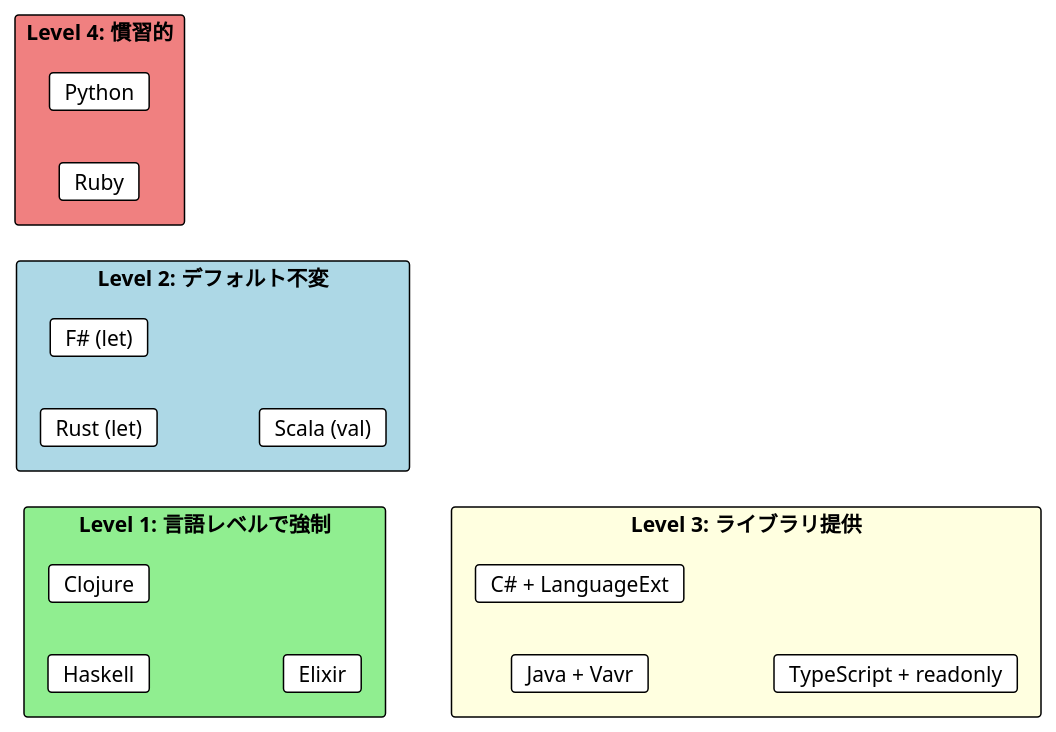
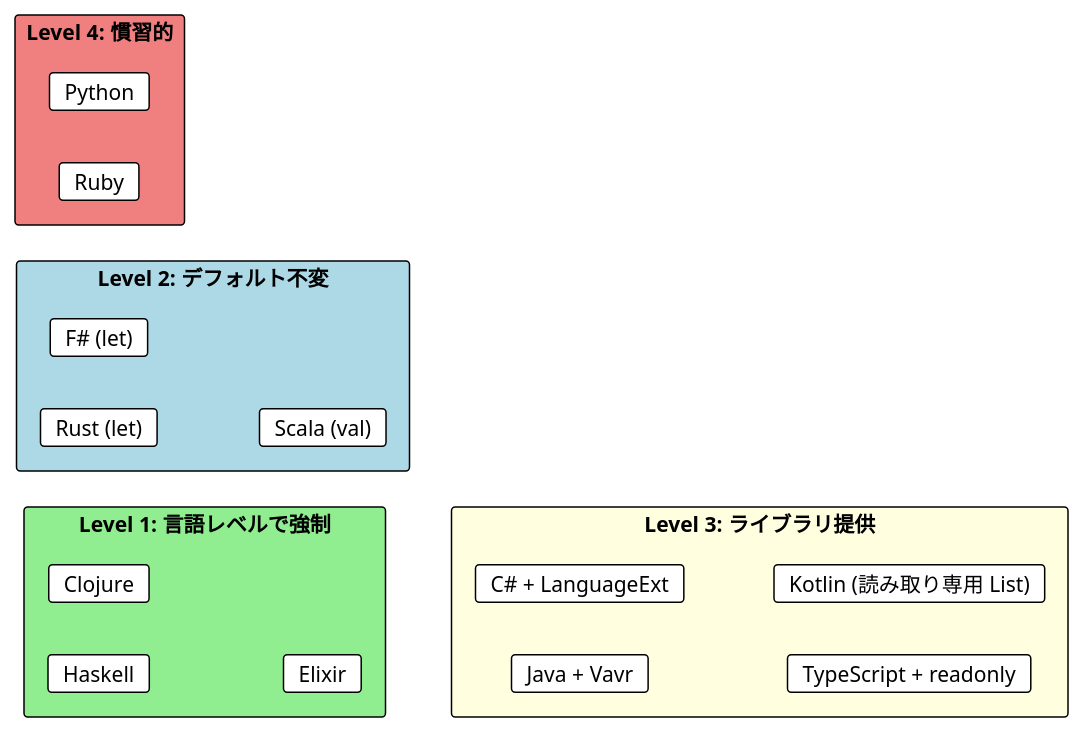
One commit to k2works/grokkingfp-excersice changed the third of 6 diagrams in docs/article/all/part-2-ch03-immutable-data.md. Above: the diagram before and after it, drawn with PlantUML. The commit also changed other lines of this file and 1 other file, not shown here.

````diff
--- a/docs/article/all/part-2-ch03-immutable-data.md
+++ b/docs/article/all/part-2-ch03-immutable-data.md
@@ -941,30 +1030,31 @@
 ```plantuml
 @startuml
 !theme plain
 left to right direction
 
 rectangle "Level 1: 言語レベルで強制" #LightGreen {
   card "Haskell" as h
   card "Clojure" as clj
   card "Elixir" as ex
 }
 
 rectangle "Level 2: デフォルト不変" #LightBlue {
   card "Rust (let)" as rs
   card "F# (let)" as fs
   card "Scala (val)" as sc
 }
 
 rectangle "Level 3: ライブラリ提供" #LightYellow {
   card "Java + Vavr" as jv
   card "C# + LanguageExt" as cs
   card "TypeScript + readonly" as ts
+  card "Kotlin (読み取り専用 List)" as kt
 }
 
 rectangle "Level 4: 慣習的" #LightCoral {
   card "Python" as py
   card "Ruby" as rb
 }
 
 @enduml
 ```
````
